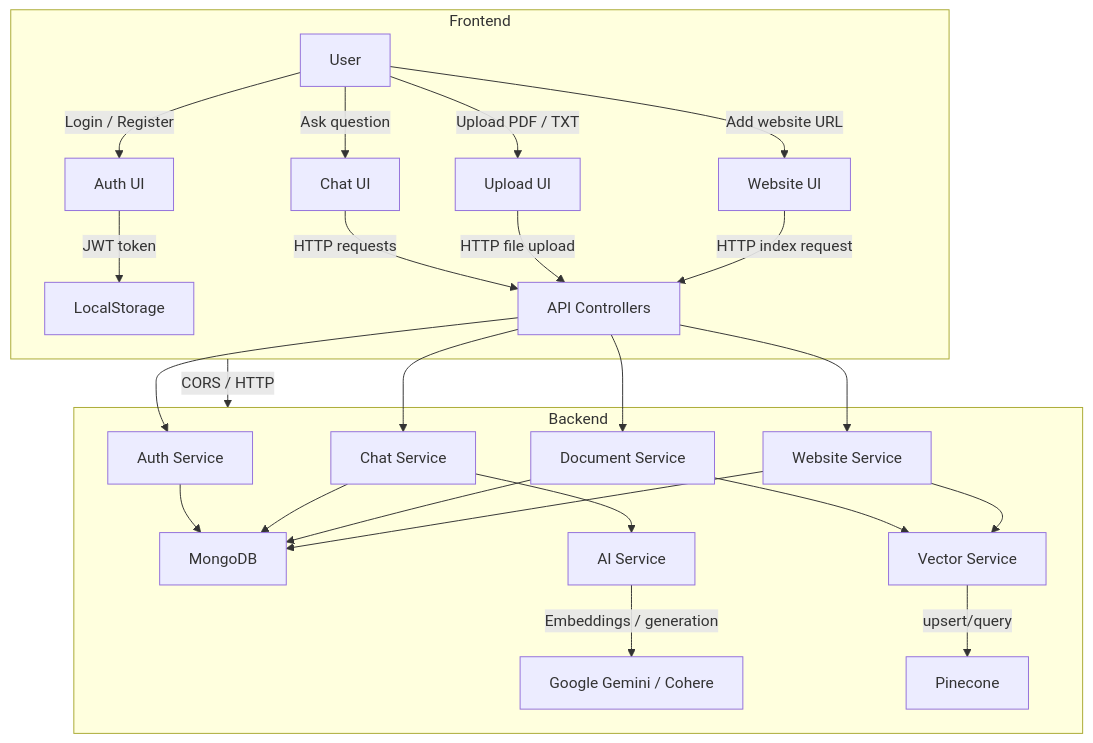
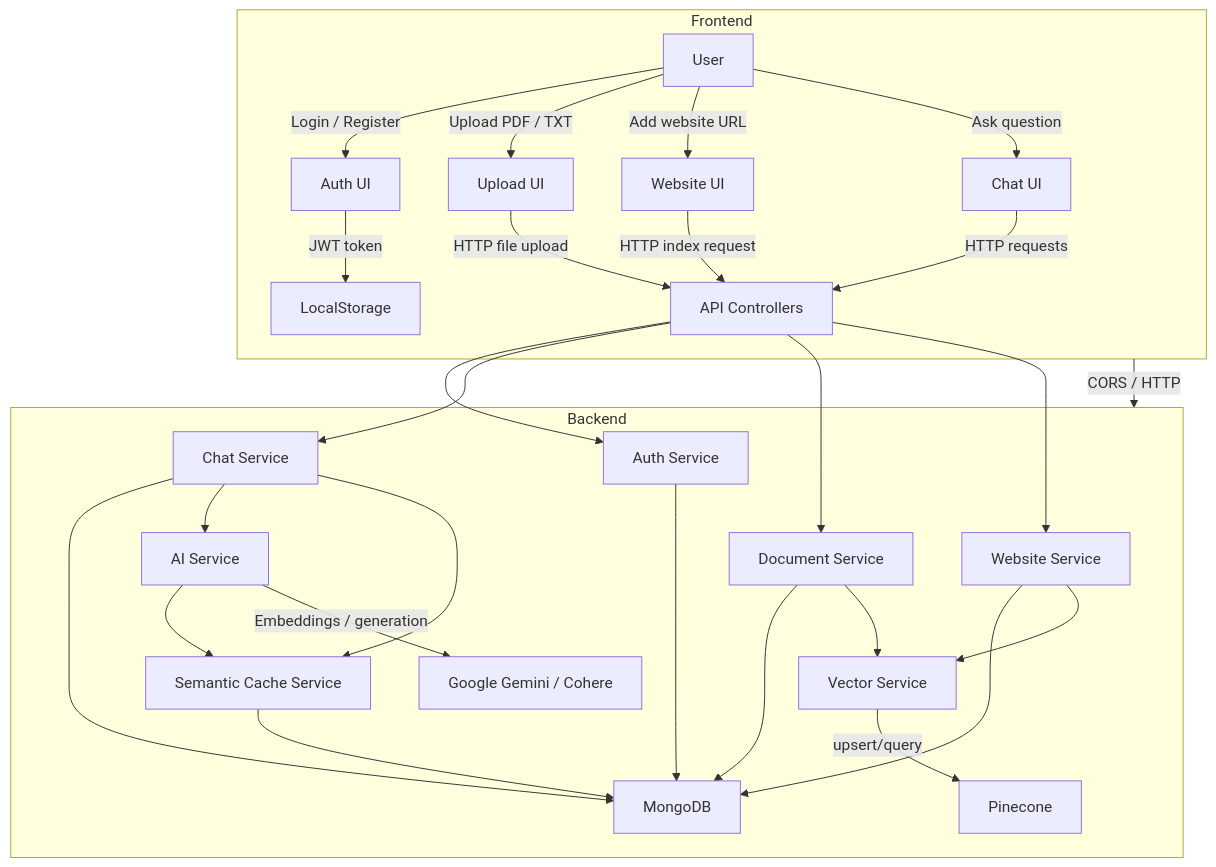
Before and after one commit to Ayush-k-Shukla/knowledge-base: the first of 3 diagrams in README.md, drawn with Mermaid. The commit also changed other lines of this file and 6 other files, not shown here.

````diff
--- a/README.md
+++ b/README.md
@@ -29,32 +30,35 @@
 ```mermaid
 flowchart TD
   subgraph Client[Frontend]
     U[User] -->|Login / Register| AuthUI[Auth UI]
     U -->|Upload PDF / TXT| UploadUI[Upload UI]
     U -->|Add website URL| WebsiteUI[Website UI]
     U -->|Ask question| ChatUI[Chat UI]
     AuthUI -->|JWT token| LocalStorage
     ChatUI -->|HTTP requests| API
     UploadUI -->|HTTP file upload| API
     WebsiteUI -->|HTTP index request| API
   end
 
   subgraph Server[Backend]
     API[API Controllers]
     API --> AuthSvc[Auth Service]
     API --> ChatSvc[Chat Service]
     API --> DocSvc[Document Service]
     API --> WebSvc[Website Service]
     AuthSvc --> Mongo[MongoDB]
     ChatSvc --> Mongo
     DocSvc --> Mongo
     WebSvc --> Mongo
     DocSvc --> VecSvc[Vector Service]
     WebSvc --> VecSvc
     ChatSvc --> AiSvc[AI Service]
+    ChatSvc --> CacheSvc[Semantic Cache Service]
+    AiSvc --> CacheSvc
+    CacheSvc --> Mongo
     AiSvc -->|Embeddings / generation| LLM[Google Gemini / Cohere]
     VecSvc -->|upsert/query| Pinecone
   end
 
   Client -->|CORS / HTTP| Server
 ```
````
